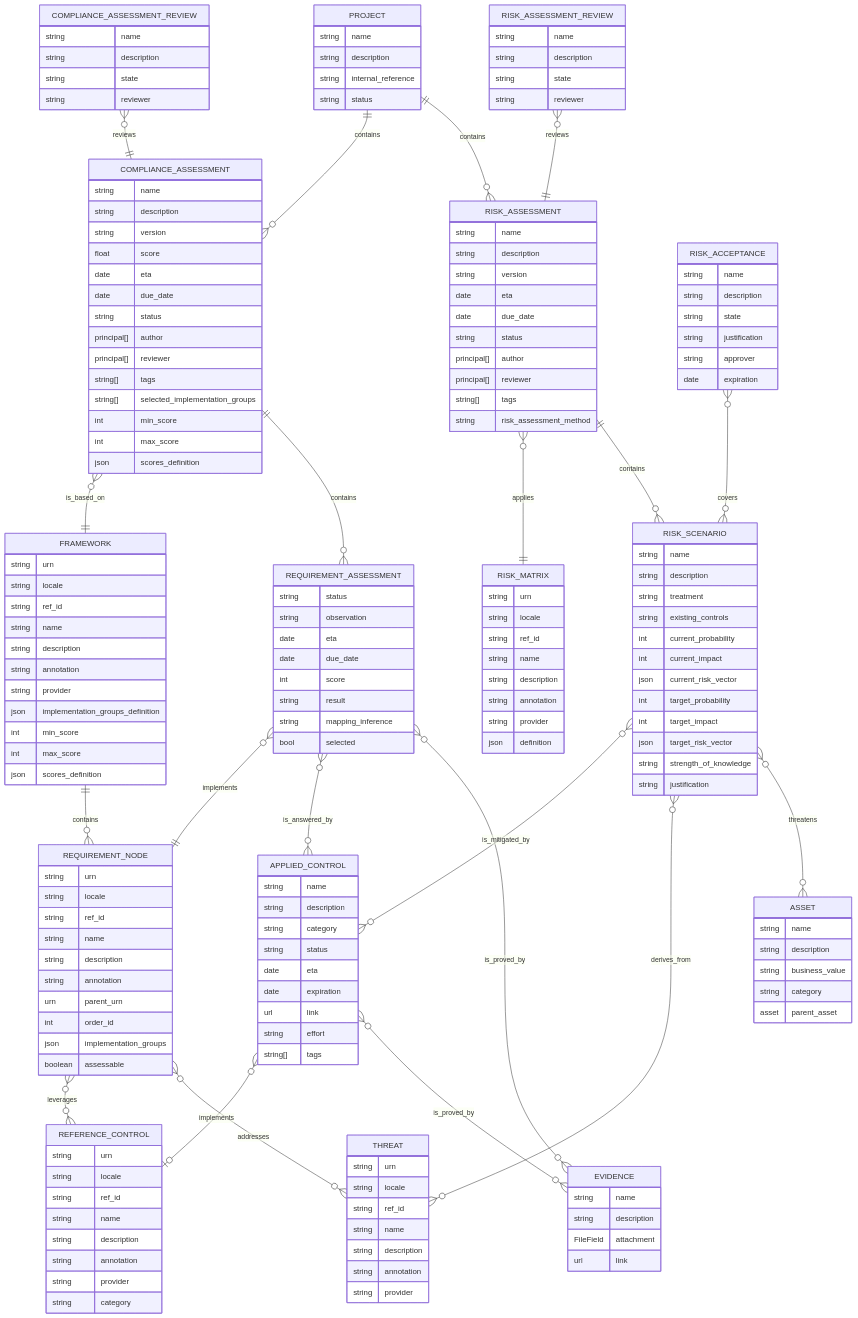
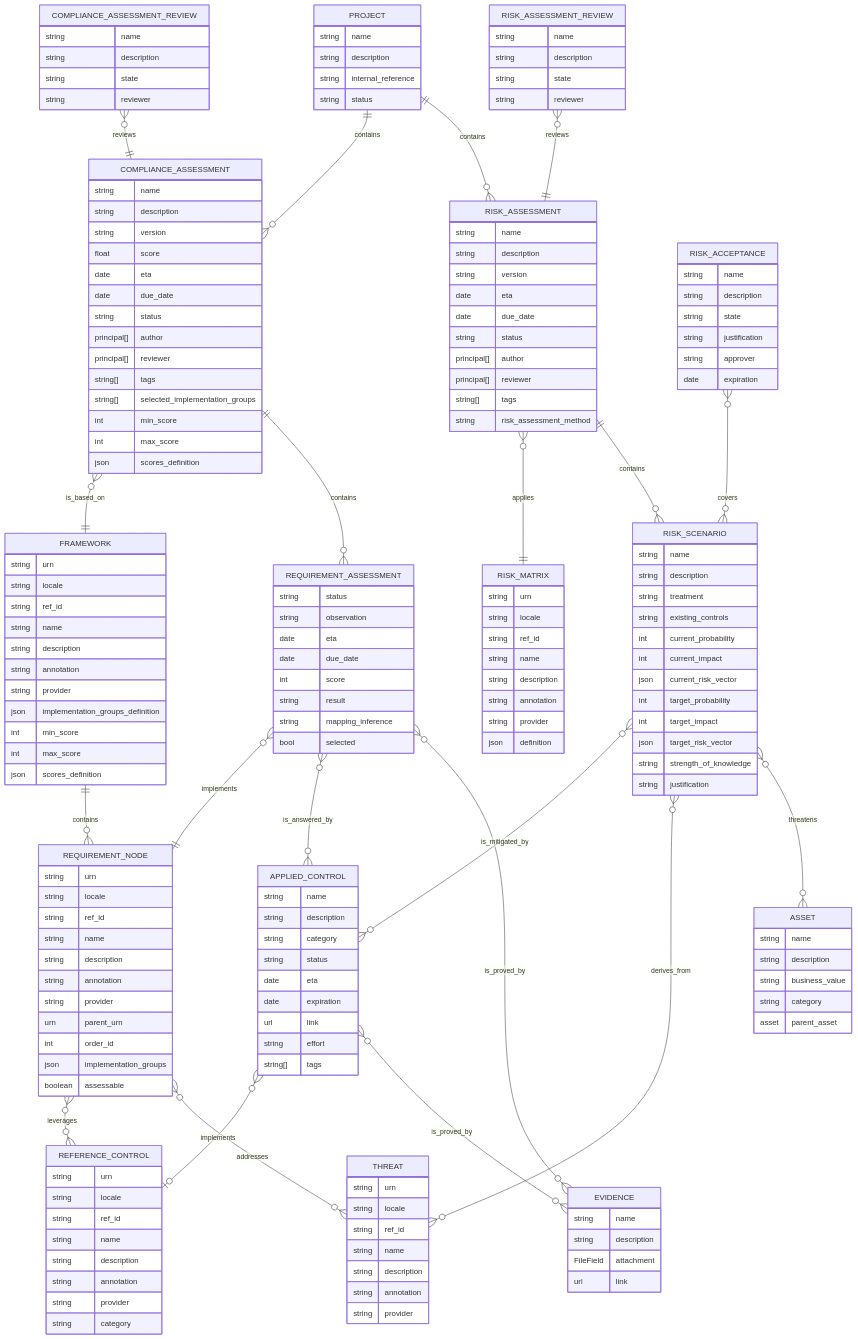
The fourth of 7 diagrams in documentation/architecture/data-model.md (intuitem/ciso-assistant-community), drawn with Mermaid before and after one commit. The commit also changed other lines of this file, not shown here.

```diff
--- a/documentation/architecture/data-model.md
+++ b/documentation/architecture/data-model.md
@@ -183,6 +183,7 @@
         string  name
         string  description
         string  annotation
+        string  provider
 
         urn     parent_urn
         int     order_id
```
